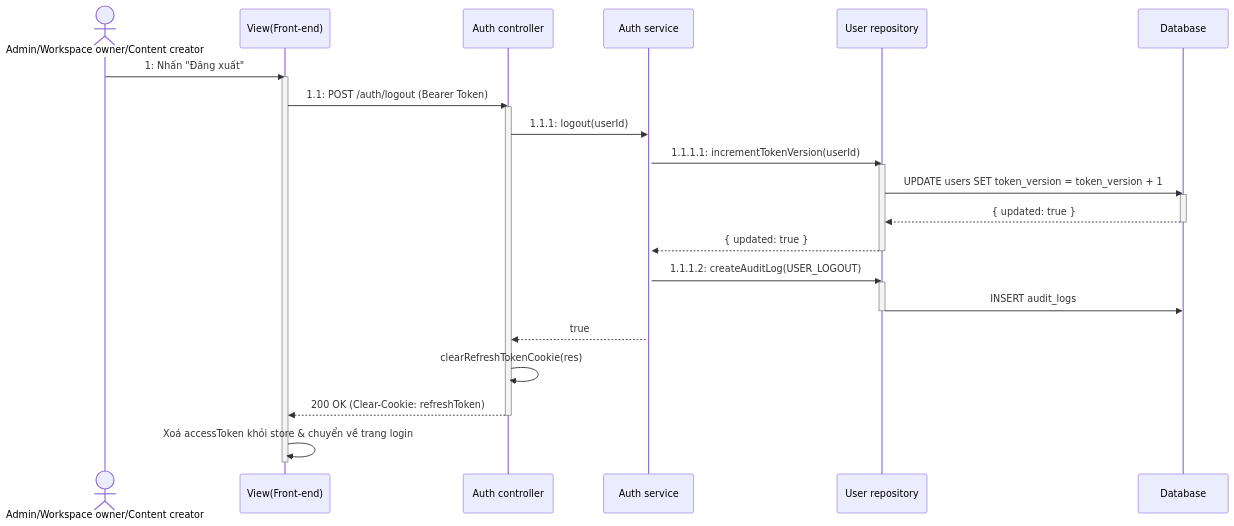
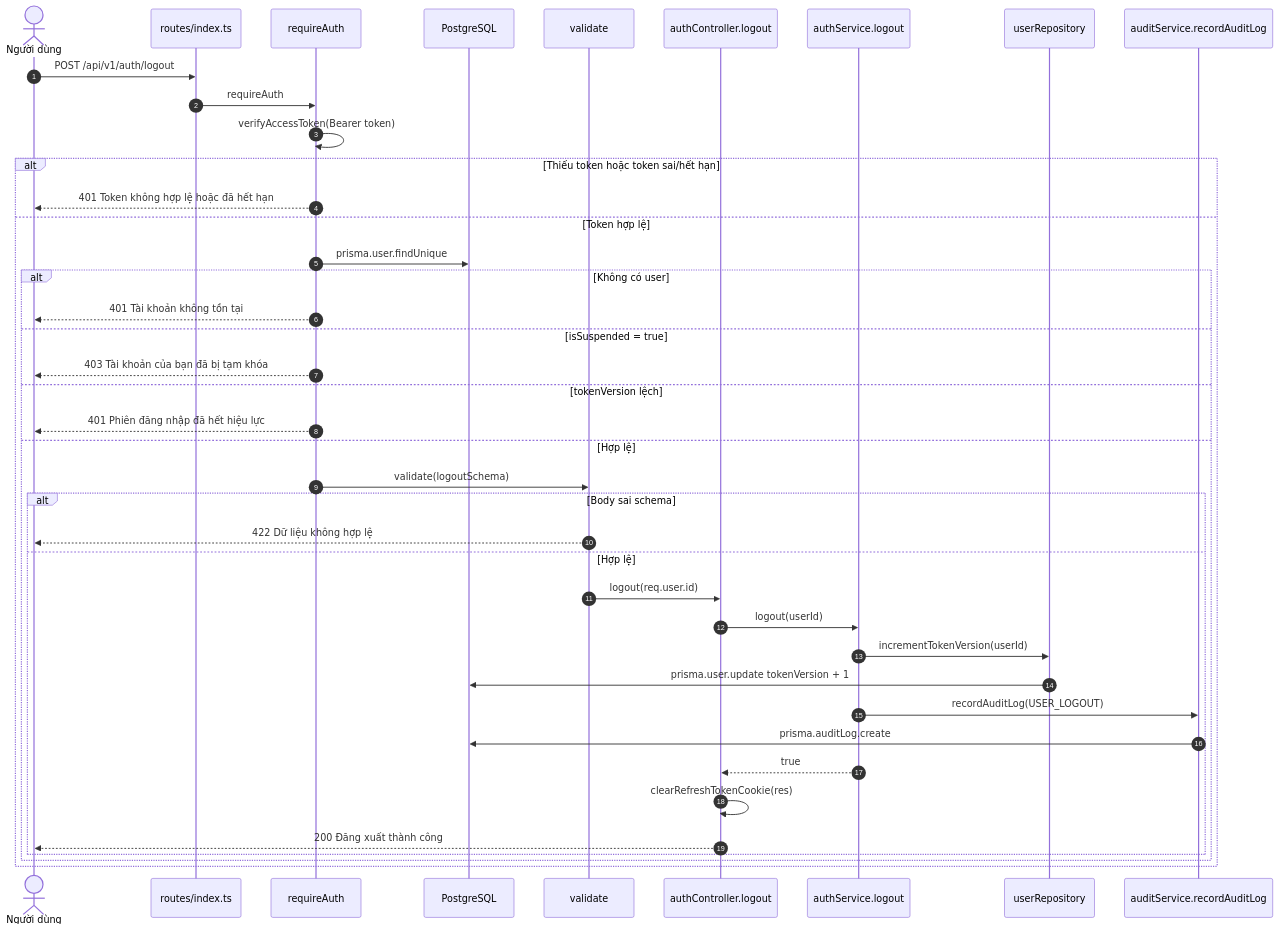
One commit to Pham-Hong-Ky/marka-capstone changed the fifth of 36 diagrams in docs/function_layer_mapping.md. Above: the diagram before and after it, drawn with Mermaid. The commit also changed other lines of this file and 64 other files, not shown here.

Commit message:
docs: đồng bộ tài liệu và biểu đồ class với code

````diff
--- a/docs/function_layer_mapping.md
+++ b/docs/function_layer_mapping.md
@@ -195,34 +334,44 @@
 ```mermaid
 sequenceDiagram
-    actor User as Admin/Workspace owner/Content creator
-    participant View as View(Front-end)
-    participant Controller as Auth controller
-    participant Service as Auth service
-    participant Repository as User repository
-    participant DB as Database
+    autonumber
+    actor U as Người dùng
+    participant RT as routes/index.ts
+    participant MW as requireAuth
+    participant DB as PostgreSQL
+    participant V as validate
+    participant C as authController.logout
+    participant S as authService.logout
+    participant R as userRepository
+    participant AU as auditService.recordAuditLog
 
-    User->>View: 1: Nhấn "Đăng xuất"
-    activate View
-    View->>Controller: 1.1: POST /auth/logout (Bearer Token)
-    activate Controller
-    Controller->>Service: 1.1.1: logout(userId)
-    activate Service
-    Service->>Repository: 1.1.1.1: incrementTokenVersion(userId)
-    activate Repository
-    Repository->>DB: UPDATE users SET token_version = token_version + 1
-    activate DB
-    DB-->>Repository: { updated: true }
-    deactivate DB
-    Repository-->>Service: { updated: true }
-    deactivate Repository
-    Service->>Repository: 1.1.1.2: createAuditLog(USER_LOGOUT)
-    activate Repository
-    Repository->>DB: INSERT audit_logs
-    deactivate Repository
-    Service-->>Controller: true
-    Controller->>Controller: clearRefreshTokenCookie(res)
-    Controller-->>View: 200 OK (Clear-Cookie: refreshToken)
-    deactivate Controller
-    View->>View: Xoá accessToken khỏi store & chuyển về trang login
-    deactivate View
+    U->>RT: POST /api/v1/auth/logout
+    RT->>MW: requireAuth
+    MW->>MW: verifyAccessToken(Bearer token)
+    alt Thiếu token hoặc token sai/hết hạn
+        MW-->>U: 401 Token không hợp lệ hoặc đã hết hạn
+    else Token hợp lệ
+        MW->>DB: prisma.user.findUnique
+        alt Không có user
+            MW-->>U: 401 Tài khoản không tồn tại
+        else isSuspended = true
+            MW-->>U: 403 Tài khoản của bạn đã bị tạm khóa
+        else tokenVersion lệch
+            MW-->>U: 401 Phiên đăng nhập đã hết hiệu lực
+        else Hợp lệ
+            MW->>V: validate(logoutSchema)
+            alt Body sai schema
+                V-->>U: 422 Dữ liệu không hợp lệ
+            else Hợp lệ
+                V->>C: logout(req.user.id)
+                C->>S: logout(userId)
+                S->>R: incrementTokenVersion(userId)
+                R->>DB: prisma.user.update tokenVersion + 1
+                S->>AU: recordAuditLog(USER_LOGOUT)
+                AU->>DB: prisma.auditLog.create
+                S-->>C: true
+                C->>C: clearRefreshTokenCookie(res)
+                C-->>U: 200 Đăng xuất thành công
+            end
+        end
+    end
 ```
````
